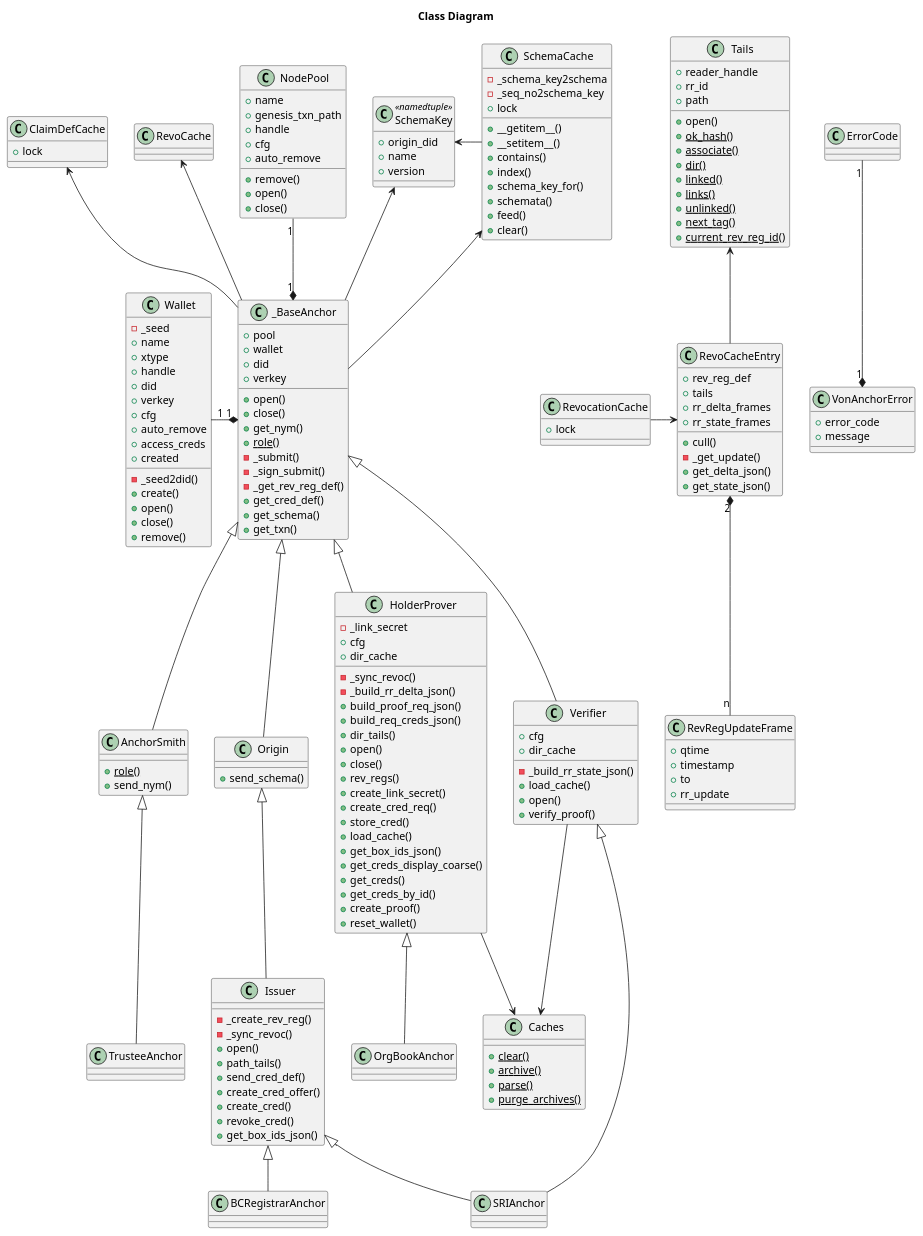
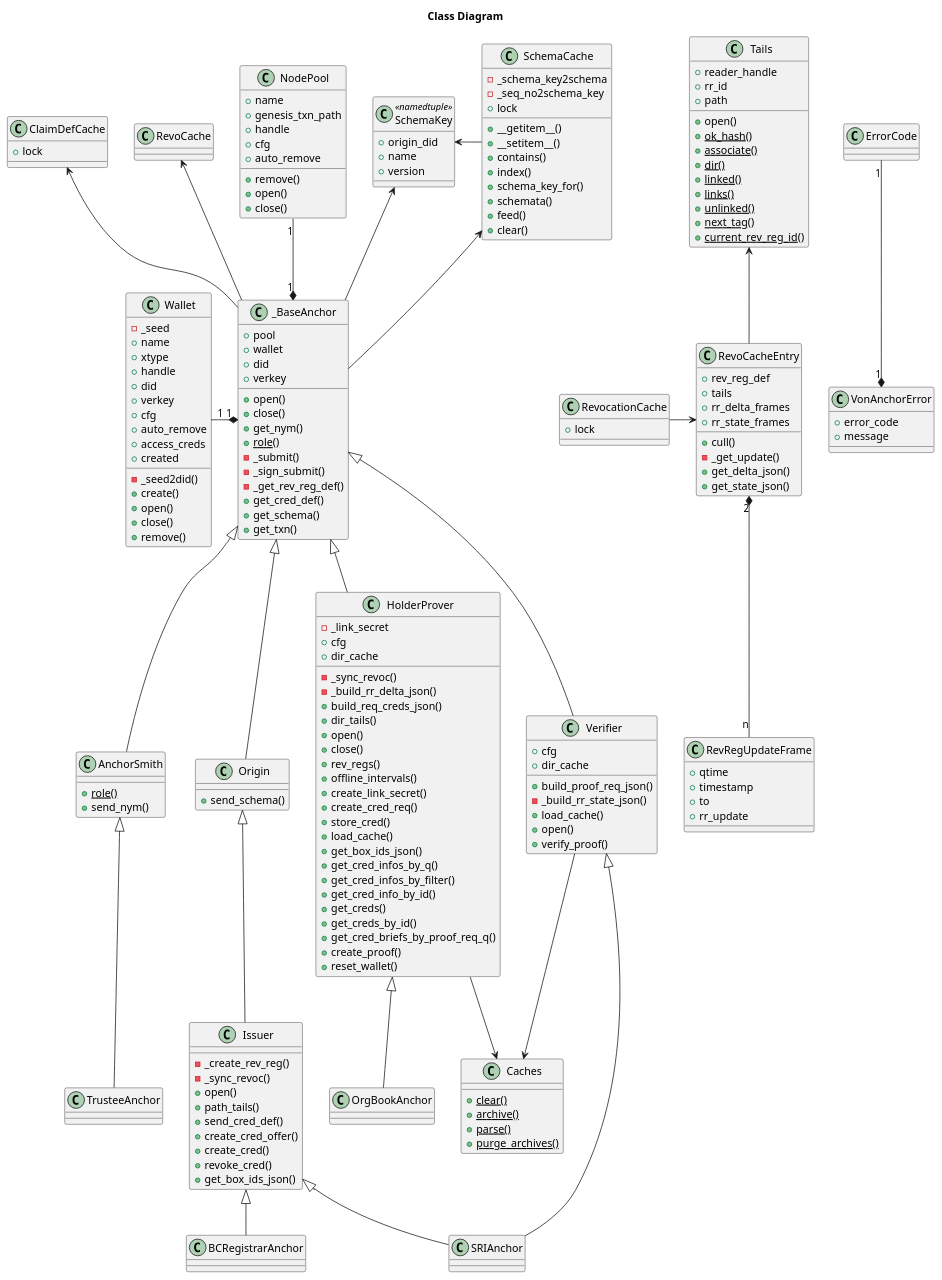
One commit to PSPC-SPAC-buyandsell/von_base changed the diagram in doc/pic/src/class.puml. Above: the diagram before and after it, drawn with PlantUML. The commit also changed 3 other files, not shown here.

```diff
--- a/doc/pic/src/class.puml
+++ b/doc/pic/src/class.puml
@@ -166,25 +166,29 @@
     -_build_rr_delta_json()
     +cfg
     +dir_cache
-    +build_proof_req_json()
     +build_req_creds_json()
     +dir_tails()
     +open()
     +close()
     +rev_regs()
+    +offline_intervals()
     +create_link_secret()
     +create_cred_req()
     +store_cred()
     +load_cache()
     +get_box_ids_json()
-    +get_creds_display_coarse()
+    +get_cred_infos_by_q()
+    +get_cred_infos_by_filter()
+    +get_cred_info_by_id()
     +get_creds()
     +get_creds_by_id()
+    +get_cred_briefs_by_proof_req_q()
     +create_proof()
     +reset_wallet()
 }
 
 class Verifier {
+    +build_proof_req_json()
     -_build_rr_state_json()
     +cfg
     +dir_cache
```
